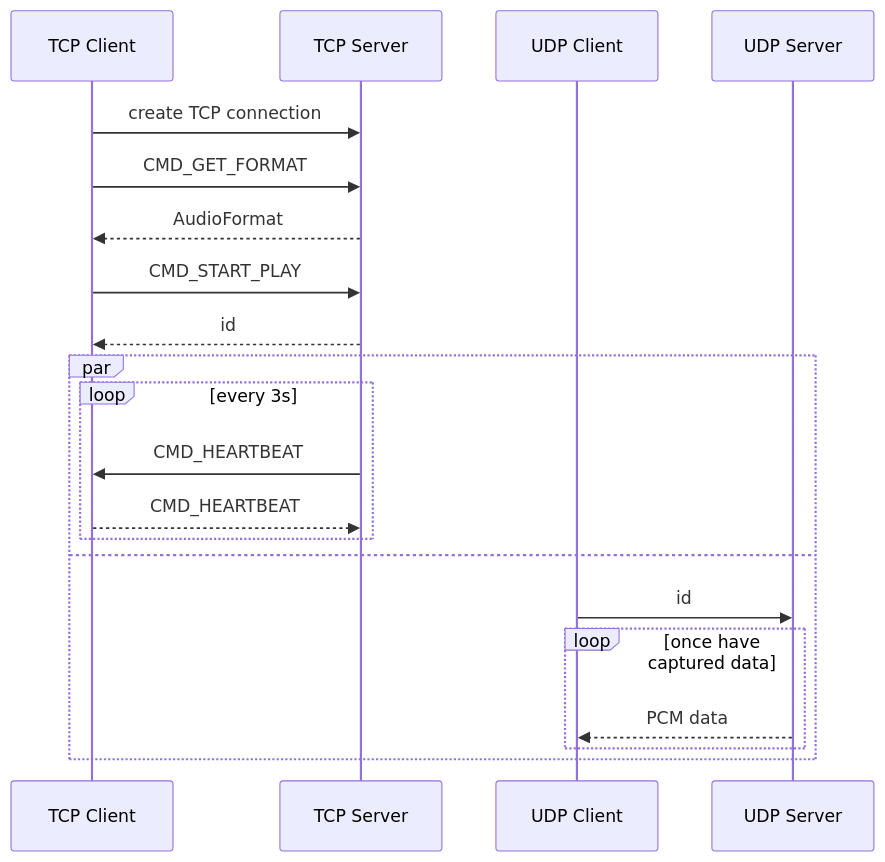
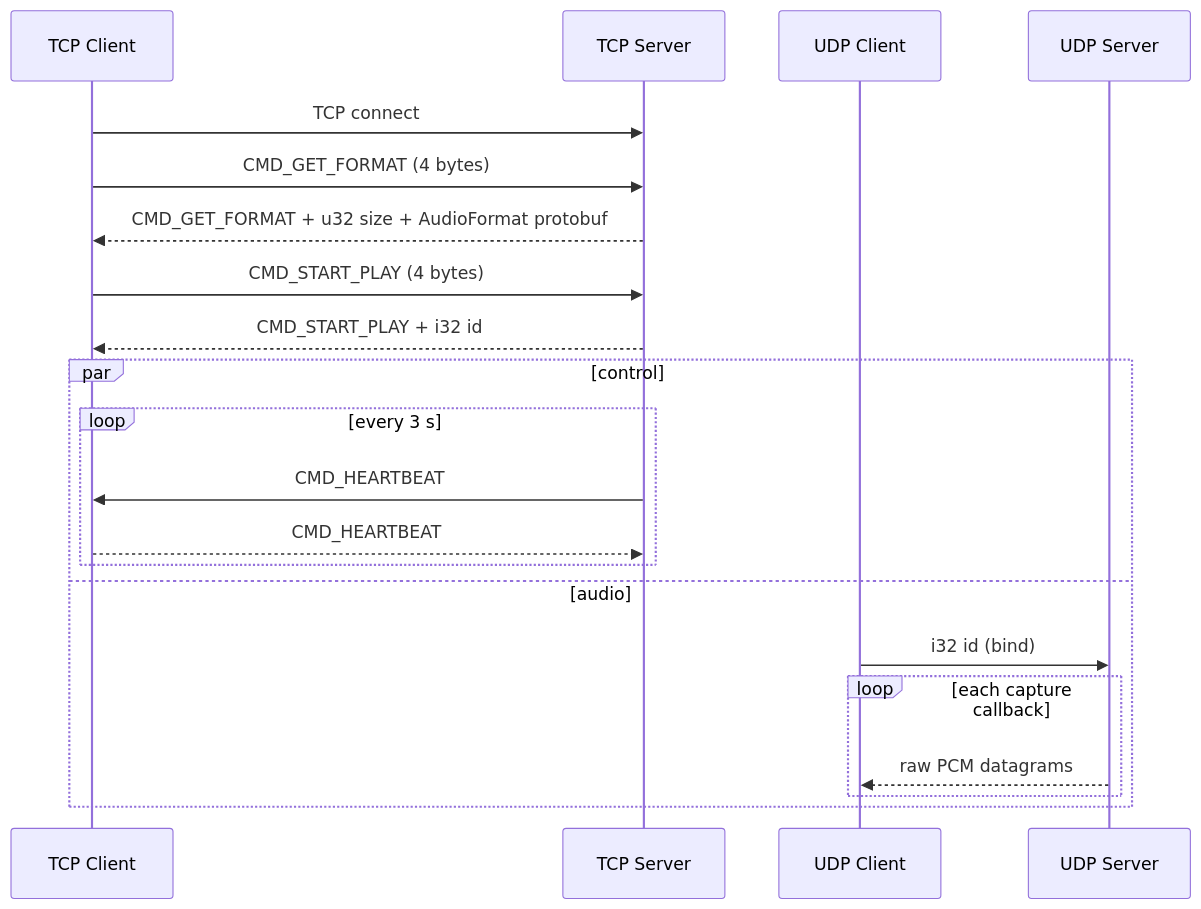
The diagram in docs/protocol.md (W0n9/audio-share), drawn with Mermaid before and after one commit. The commit also changed other lines of this file and 11 other files, not shown here.

````diff
--- a/docs/protocol.md
+++ b/docs/protocol.md
@@ -1,27 +10,25 @@
 ```mermaid
 sequenceDiagram
     participant TCP Client
     participant TCP Server
     participant UDP Client
     participant UDP Server
 
-    TCP Client ->> TCP Server : create TCP connection
-    
-    TCP Client ->> TCP Server : CMD_GET_FORMAT
-    TCP Server -->> TCP Client : AudioFormat
+    TCP Client ->> TCP Server: TCP connect
+    TCP Client ->> TCP Server: CMD_GET_FORMAT (4 bytes)
+    TCP Server -->> TCP Client: CMD_GET_FORMAT + u32 size + AudioFormat protobuf
+    TCP Client ->> TCP Server: CMD_START_PLAY (4 bytes)
+    TCP Server -->> TCP Client: CMD_START_PLAY + i32 id
 
-    TCP Client ->> TCP Server : CMD_START_PLAY
-    TCP Server -->> TCP Client : id
-    
-    par
-        loop every 3s
-            TCP Server ->> TCP Client : CMD_HEARTBEAT
-            TCP Client -->> TCP Server : CMD_HEARTBEAT
+    par control
+        loop every 3 s
+            TCP Server ->> TCP Client: CMD_HEARTBEAT
+            TCP Client -->> TCP Server: CMD_HEARTBEAT
         end
-    and
-        UDP Client ->> UDP Server : id
-        loop once have captured data
-            UDP Server -->> UDP Client : PCM data
+    and audio
+        UDP Client ->> UDP Server: i32 id (bind)
+        loop each capture callback
+            UDP Server -->> UDP Client: raw PCM datagrams
         end
     end
 ```
````
